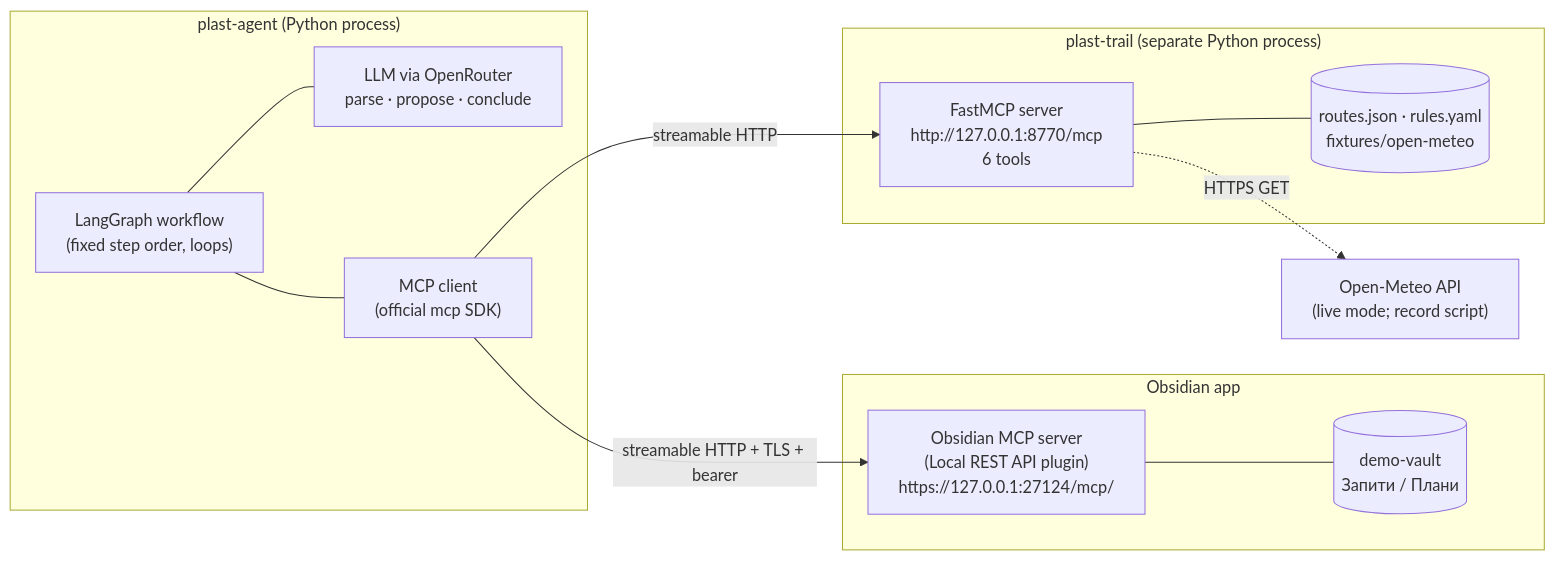
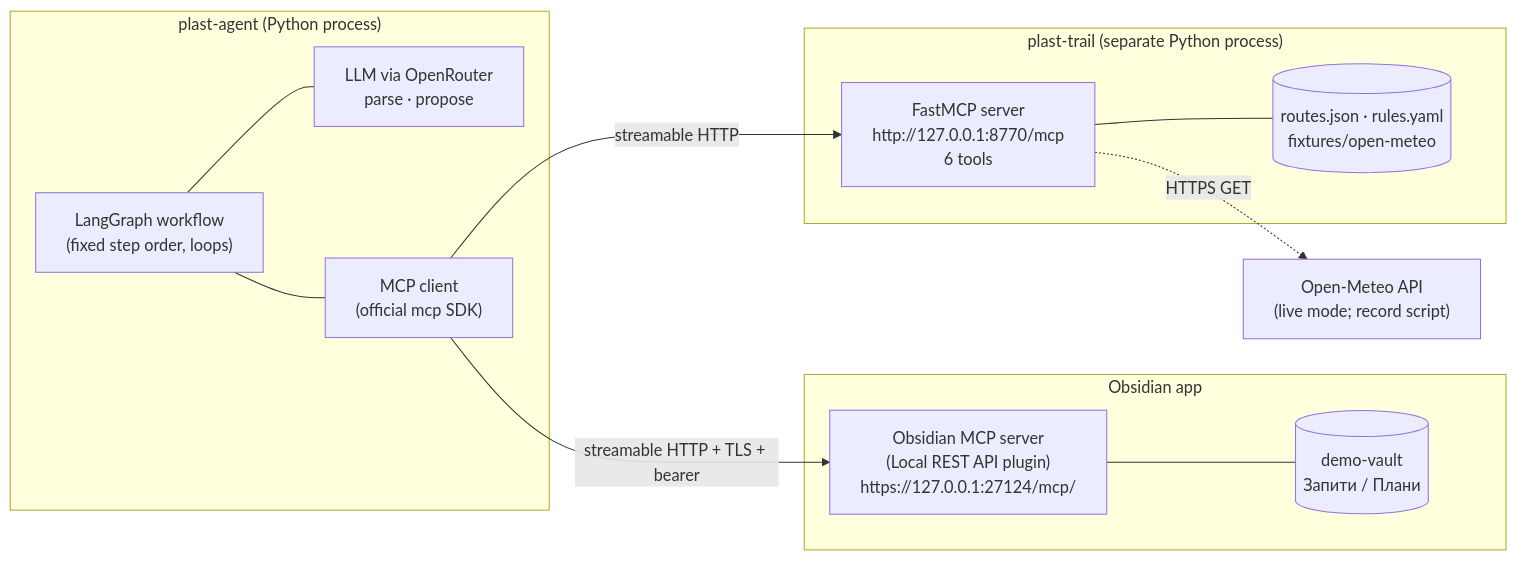
One commit to obodnazar/plast-hike-planner changed the diagram in docs/design-rationale.md. Above: the diagram before and after it, drawn with Mermaid. The commit also changed other lines of this file and 5 other files, not shown here.

````diff
--- a/docs/design-rationale.md
+++ b/docs/design-rationale.md
@@ -9,24 +9,24 @@
 ```mermaid
 flowchart LR
   subgraph Agent["plast-agent (Python process)"]
     WF["LangGraph workflow<br/>(fixed step order, loops)"]
-    LLM["LLM via OpenRouter<br/>parse · propose · conclude"]
+    LLM["LLM via OpenRouter<br/>parse · propose"]
     MC["MCP client<br/>(official mcp SDK)"]
     WF --- LLM
     WF --- MC
   end
   subgraph OBS["Obsidian app"]
     OM["Obsidian MCP server<br/>(Local REST API plugin)<br/>https://127.0.0.1:27124/mcp/"]
     V[("demo-vault<br/>Запити / Плани")]
     OM --- V
   end
   subgraph PT["plast-trail (separate Python process)"]
     S["FastMCP server<br/>http://127.0.0.1:8770/mcp<br/>6 tools"]
     D[("routes.json · rules.yaml<br/>fixtures/open-meteo")]
     S --- D
   end
   OME["Open-Meteo API<br/>(live mode; record script)"]
   MC -- "streamable HTTP + TLS + bearer" --> OM
   MC -- "streamable HTTP" --> S
   S -. "HTTPS GET" .-> OME
 ```
````
